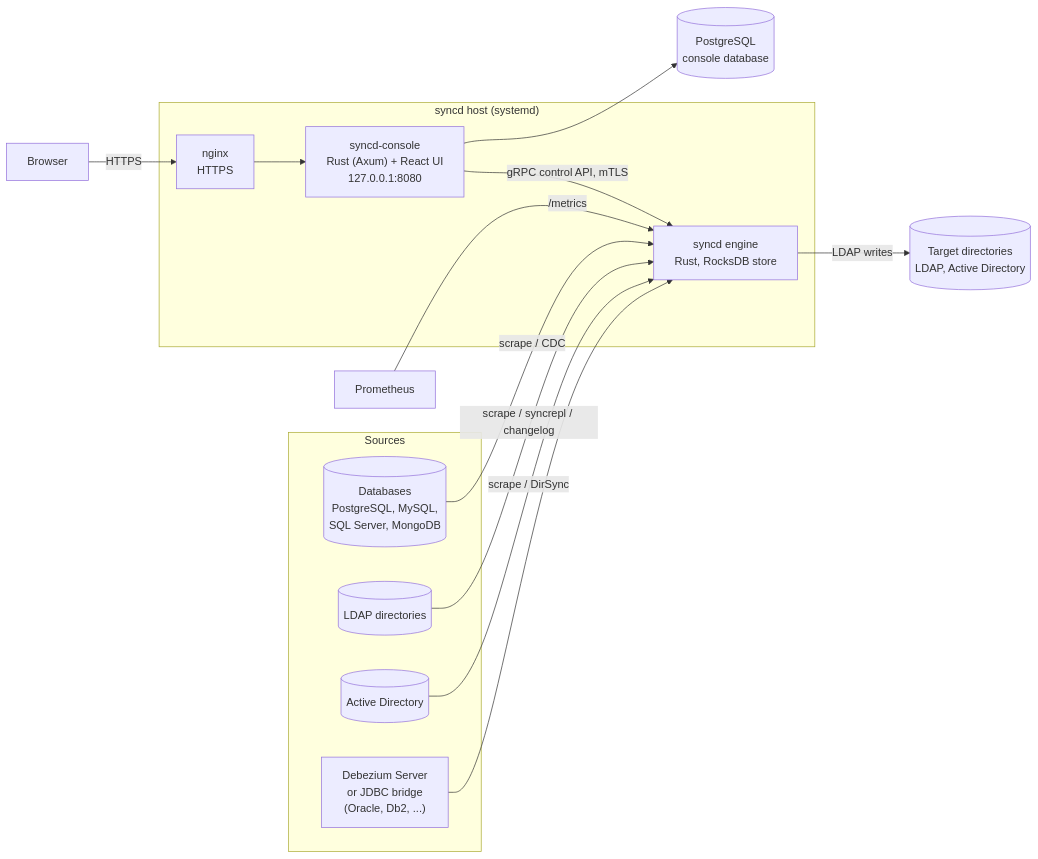
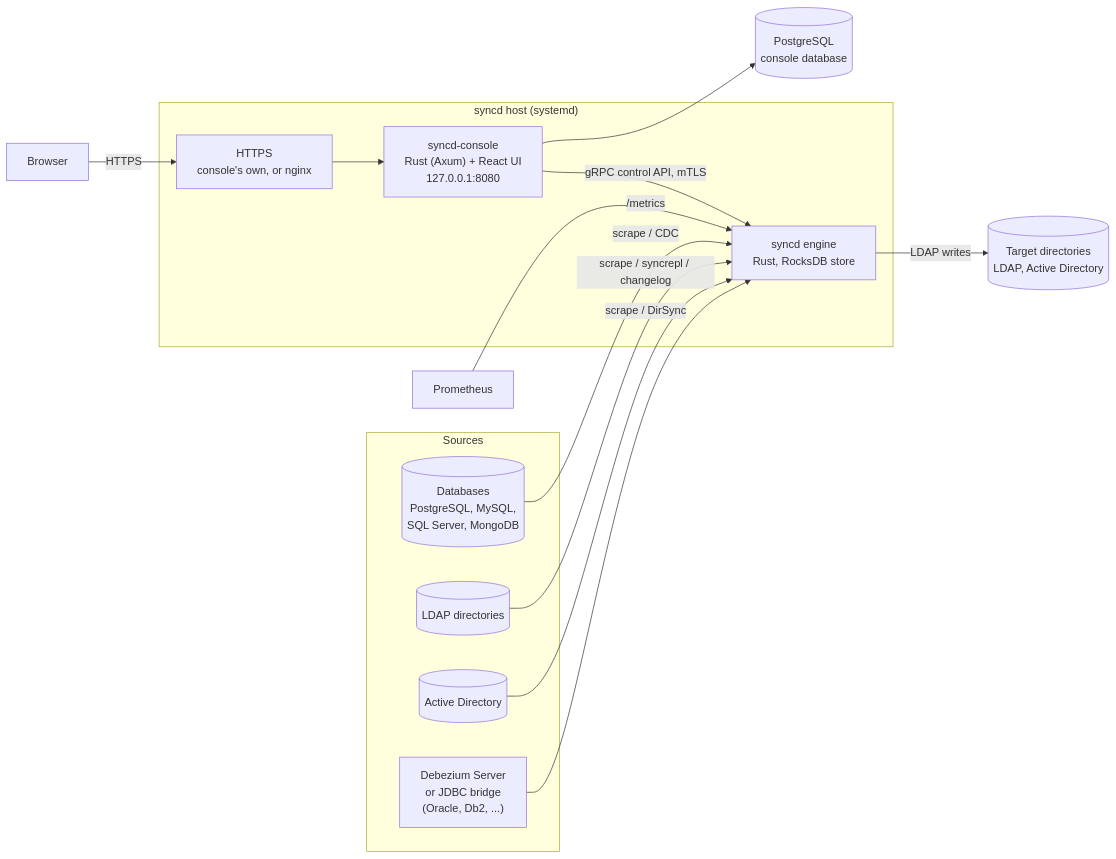
Before and after one commit to winllc/ens-apps-documentation: the diagram in docs/syncd/index.md, drawn with Mermaid. The commit also changed other lines of this file and 10 other files, not shown here.

````diff
--- a/docs/syncd/index.md
+++ b/docs/syncd/index.md
@@ -49,30 +52,30 @@
 ```mermaid
 flowchart LR
     subgraph Sources
         DB[(Databases<br/>PostgreSQL, MySQL,<br/>SQL Server, MongoDB)]
         LD[(LDAP directories)]
         AD[(Active Directory)]
         DBZ["Debezium Server<br/>or JDBC bridge<br/>(Oracle, Db2, ...)"]
     end
 
     subgraph Host["syncd host (systemd)"]
         E["syncd engine<br/>Rust, RocksDB store"]
         C["syncd-console<br/>Rust (Axum) + React UI<br/>127.0.0.1:8080"]
-        N[nginx<br/>HTTPS]
+        N[HTTPS<br/>console's own, or nginx]
     end
 
     PG[(PostgreSQL<br/>console database)]
     T[(Target directories<br/>LDAP, Active Directory)]
     P[Prometheus]
     B[Browser]
 
     DB -->|scrape / CDC| E
     LD -->|scrape / syncrepl / changelog| E
     AD -->|scrape / DirSync| E
     DBZ --> E
     E -->|LDAP writes| T
     C -->|"gRPC control API, mTLS"| E
     C --> PG
     B -->|HTTPS| N --> C
     P -->|/metrics| E
 ```
````
